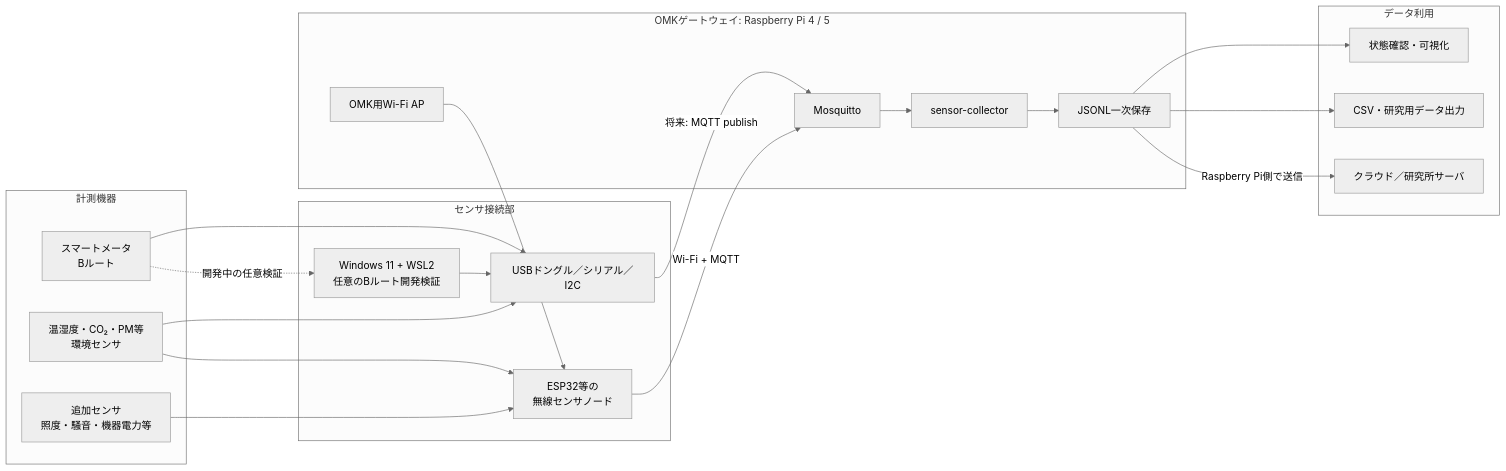
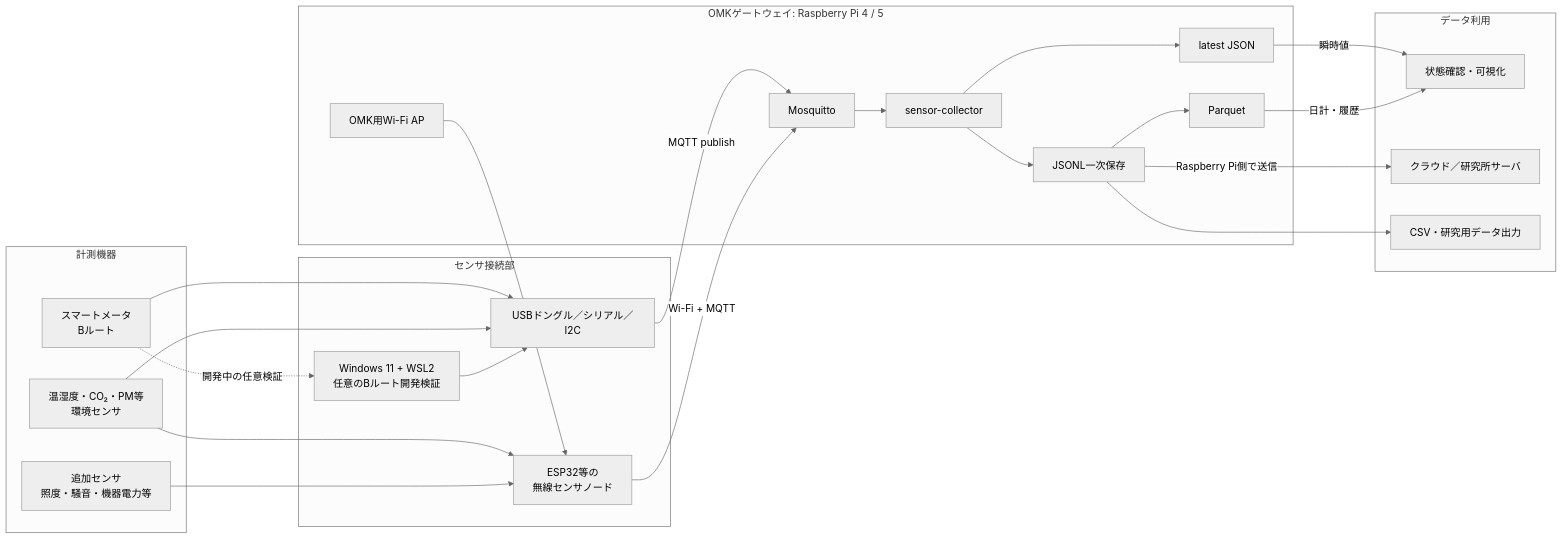
The first of 2 diagrams in docs/project-overview.md (shattori-criepi/omk), drawn with Mermaid (neutral theme) before and after one commit. The commit also changed other lines of this file and 12 other files, not shown here.

````diff
--- a/docs/project-overview.md
+++ b/docs/project-overview.md
@@ -131,41 +131,44 @@
 ```mermaid
 flowchart LR
     subgraph Sensors["計測機器"]
         BR["スマートメータ<br/>Bルート"]
         ENV["温湿度・CO₂・PM等<br/>環境センサ"]
         OPT["追加センサ<br/>照度・騒音・機器電力等"]
     end
 
     subgraph Nodes["センサ接続部"]
         USB["USBドングル／シリアル／I2C"]
         ESP["ESP32等の<br/>無線センサノード"]
         WIN["Windows 11 + WSL2<br/>任意のBルート開発検証"]
     end
 
     subgraph Gateway["OMKゲートウェイ: Raspberry Pi 4 / 5"]
         AP["OMK用Wi-Fi AP"]
         MQTT["Mosquitto"]
         COL["sensor-collector"]
         JSONL["JSONL一次保存"]
+        LATEST["latest JSON"]
+        PARQUET["Parquet"]
     end
 
     subgraph Use["データ利用"]
         DASH["状態確認・可視化"]
         CLOUD["クラウド／研究所サーバ"]
         EXPORT["CSV・研究用データ出力"]
     end
 
     BR --> USB
     BR -. 開発中の任意検証 .-> WIN
     ENV --> USB
     ENV --> ESP
     OPT --> ESP
     WIN --> USB
-    USB -->|将来: MQTT publish| MQTT
+    USB -->|MQTT publish| MQTT
     ESP -->|Wi-Fi + MQTT| MQTT
     AP --> ESP
     MQTT --> COL --> JSONL
-    JSONL --> DASH
+    COL --> LATEST -->|瞬時値| DASH
+    JSONL --> PARQUET -->|日計・履歴| DASH
     JSONL --> EXPORT
     JSONL -->|Raspberry Pi側で送信| CLOUD
 ```
````
